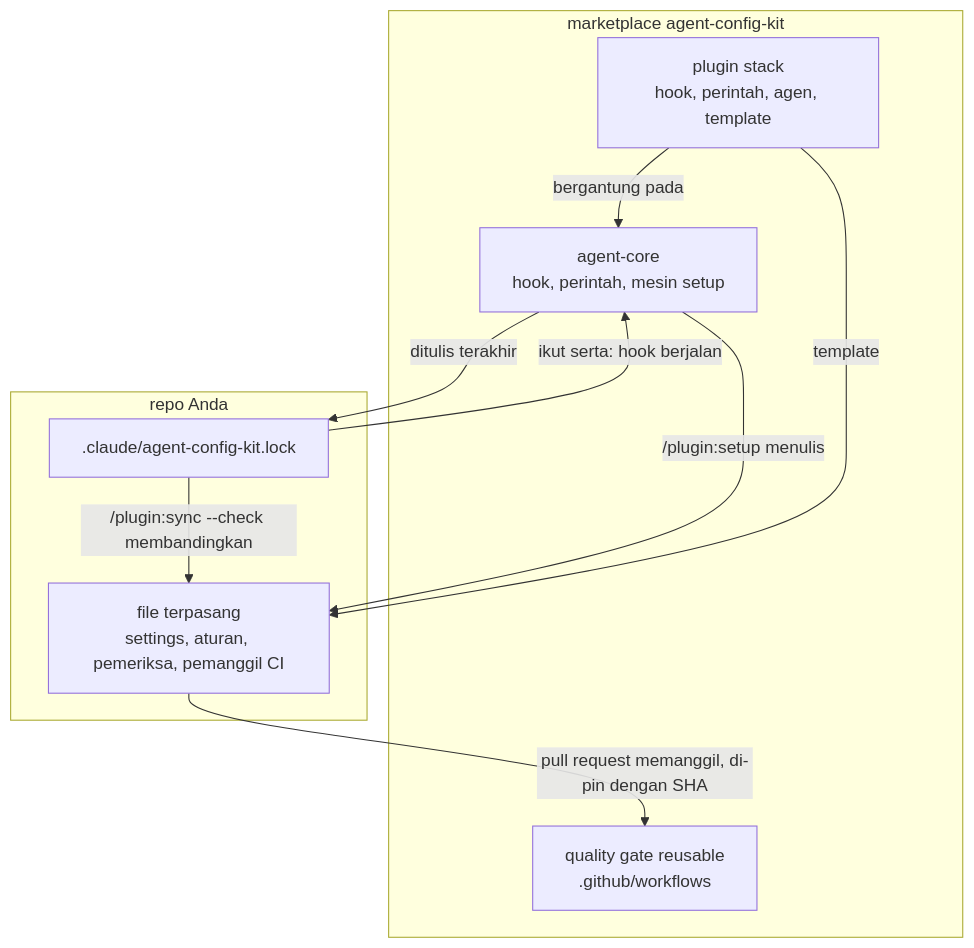
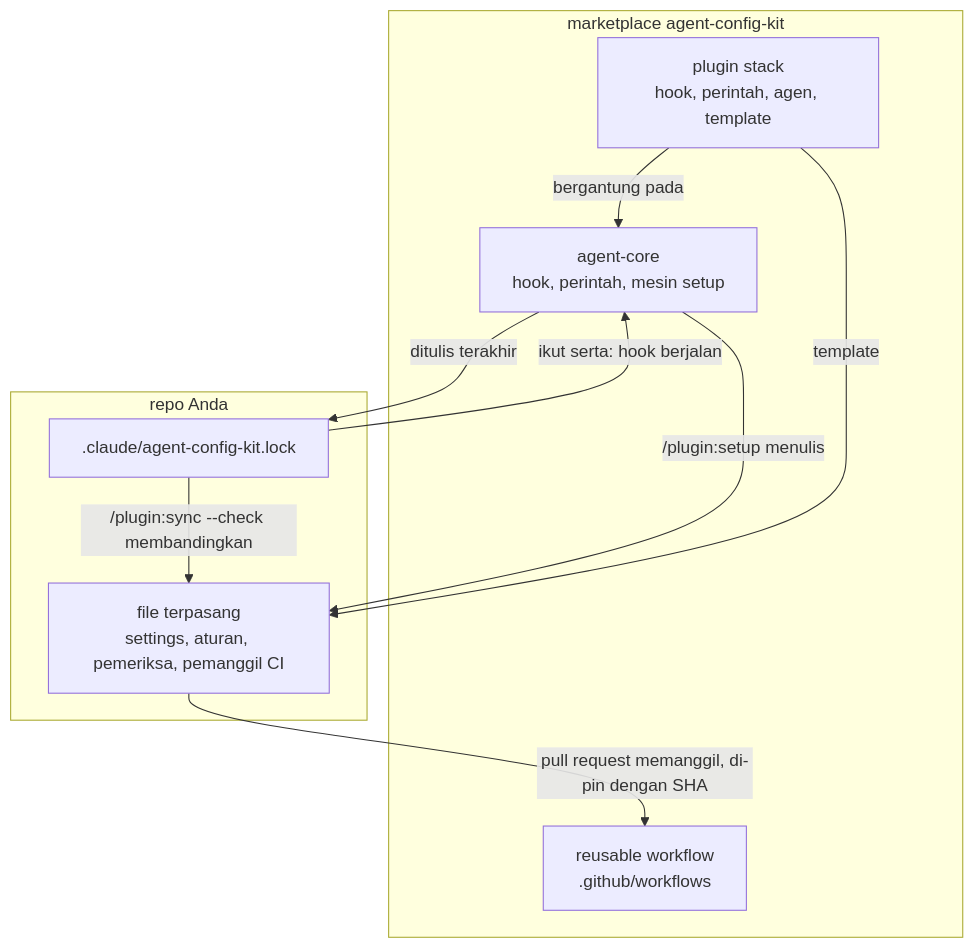
The fourth of 5 diagrams in README.id.md (adhibuchori/agent-config-kit), drawn with Mermaid before and after one commit. The commit also changed other lines of this file and 77 other files, not shown here.

````diff
--- a/README.id.md
+++ b/README.id.md
@@ -384,21 +387,21 @@
 ```mermaid
 flowchart TB
     accTitle: Cara agent-config-kit tersusun
     accDescr: Marketplace berisi delapan plugin. agent-core memuat hook, perintah, dan mesin setup. Plugin stack bergantung pada agent-core dan menambahkan hook, perintah, agen, dan template sendiri. Setup memasang template ke repo Anda dan menulis lock. Lock membuat repo ikut serta, yang menyalakan hook. Sync membandingkan repo dengan lock. Di CI, pemanggil quality gate di repo menjalankan reusable workflow dari repositori ini, di-pin ke satu commit.
     subgraph KIT[marketplace agent-config-kit]
         CORE[agent-core<br/>hook, perintah, mesin setup]
         STACK[plugin stack<br/>hook, perintah, agen, template]
         STACK -->|"bergantung pada"| CORE
-        GATE[quality gate reusable<br/>.github/workflows]
+        GATE[reusable workflow<br/>.github/workflows]
     end
     subgraph REPO[repo Anda]
         FILES[file terpasang<br/>settings, aturan, pemeriksa, pemanggil CI]
         LOCK[.claude/agent-config-kit.lock]
     end
     CORE -->|"/plugin:setup menulis"| FILES
     STACK -->|"template"| FILES
     CORE -->|"ditulis terakhir"| LOCK
     LOCK -->|"ikut serta: hook berjalan"| CORE
     LOCK -->|"/plugin:sync --check membandingkan"| FILES
     FILES -->|"pull request memanggil, di-pin dengan SHA"| GATE
 ```
````
